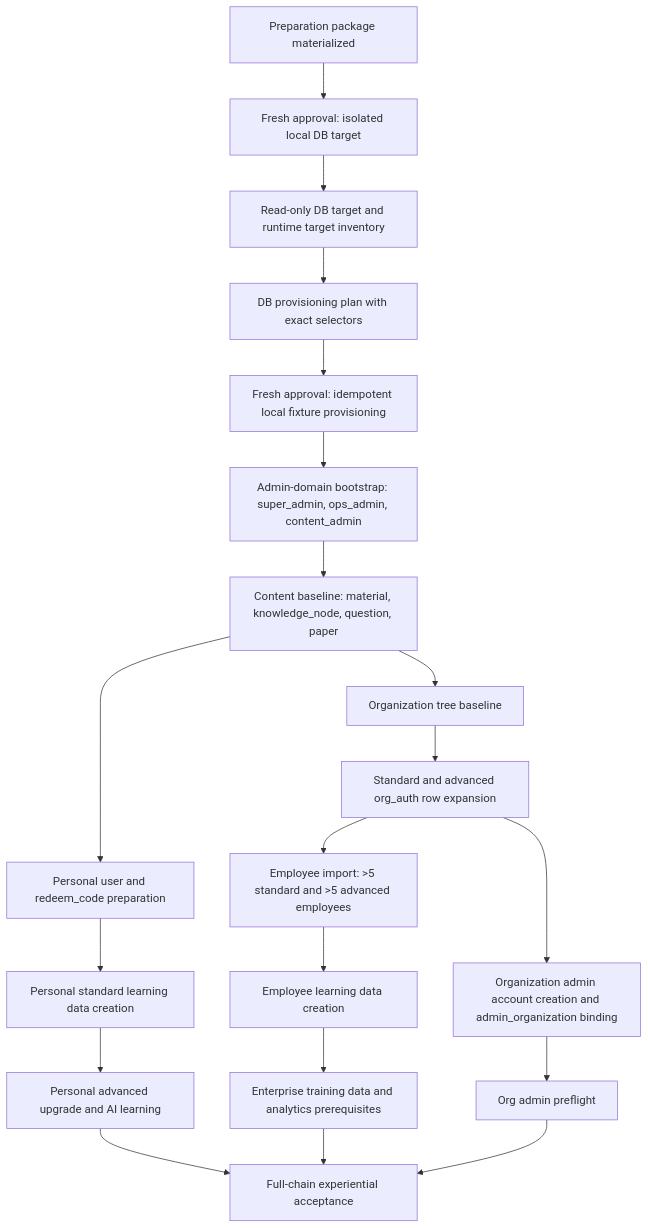
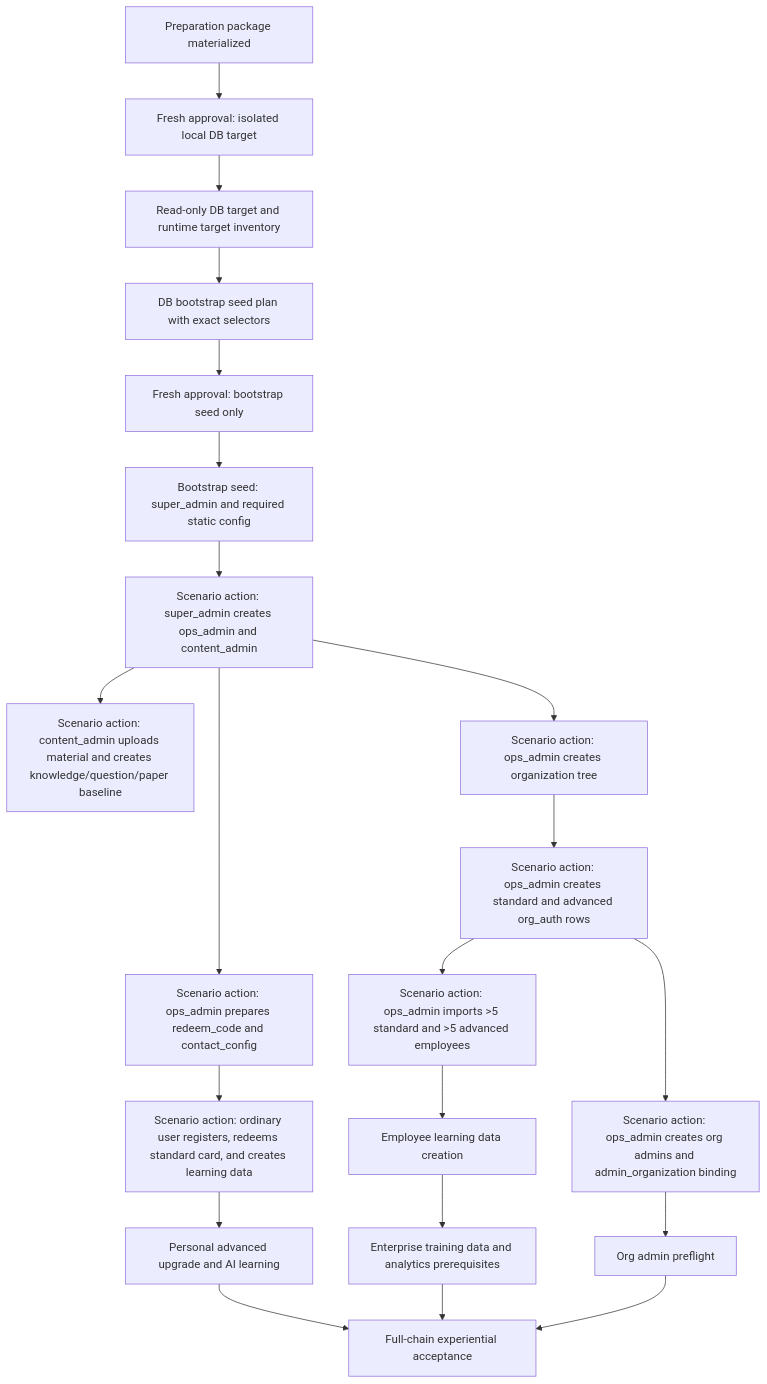
The diagram in docs/05-execution-logs/acceptance/2026-07-04-full-chain-acceptance-dependency-dag.md (iamlaozhuang/tiku), drawn with Mermaid before and after one commit. The commit also changed other lines of this file and 10 other files, not shown here.

````diff
--- a/docs/05-execution-logs/acceptance/2026-07-04-full-chain-acceptance-dependency-dag.md
+++ b/docs/05-execution-logs/acceptance/2026-07-04-full-chain-acceptance-dependency-dag.md
@@ -9,22 +9,23 @@
 ```mermaid
 flowchart TD
   A["Preparation package materialized"] --> B["Fresh approval: isolated local DB target"]
   B --> C["Read-only DB target and runtime target inventory"]
-  C --> D["DB provisioning plan with exact selectors"]
-  D --> E["Fresh approval: idempotent local fixture provisioning"]
-  E --> F["Admin-domain bootstrap: super_admin, ops_admin, content_admin"]
-  F --> G["Content baseline: material, knowledge_node, question, paper"]
-  G --> H["Organization tree baseline"]
-  H --> I["Standard and advanced org_auth row expansion"]
-  I --> J["Organization admin account creation and admin_organization binding"]
-  I --> K["Employee import: >5 standard and >5 advanced employees"]
-  G --> L["Personal user and redeem_code preparation"]
+  C --> D["DB bootstrap seed plan with exact selectors"]
+  D --> E["Fresh approval: bootstrap seed only"]
+  E --> F["Bootstrap seed: super_admin and required static config"]
+  F --> F1["Scenario action: super_admin creates ops_admin and content_admin"]
+  F1 --> G["Scenario action: content_admin uploads material and creates knowledge/question/paper baseline"]
+  F1 --> H["Scenario action: ops_admin creates organization tree"]
+  H --> I["Scenario action: ops_admin creates standard and advanced org_auth rows"]
+  I --> J["Scenario action: ops_admin creates org admins and admin_organization binding"]
+  I --> K["Scenario action: ops_admin imports >5 standard and >5 advanced employees"]
+  F1 --> L["Scenario action: ops_admin prepares redeem_code and contact_config"]
   J --> M["Org admin preflight"]
   K --> N["Employee learning data creation"]
-  L --> O["Personal standard learning data creation"]
+  L --> O["Scenario action: ordinary user registers, redeems standard card, and creates learning data"]
   O --> P["Personal advanced upgrade and AI learning"]
   N --> Q["Enterprise training data and analytics prerequisites"]
   P --> R["Full-chain experiential acceptance"]
   Q --> R
   M --> R
 ```
````
